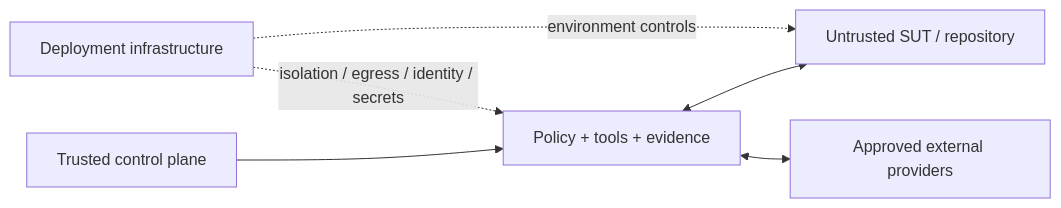
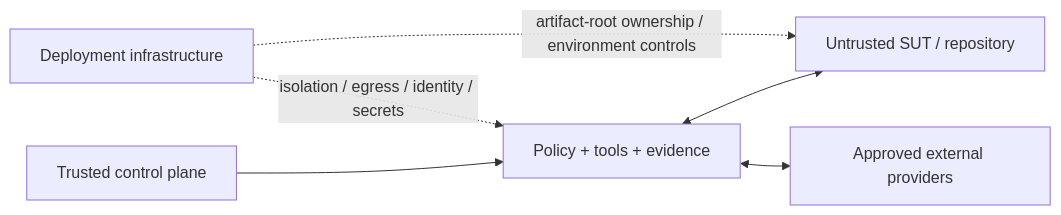
Before and after one commit to portyu9/ai-qa-automation: the diagram in docs/THREAT_MODEL.md, drawn with Mermaid. The commit also changed other lines of this file, not shown here.

Commit message:
Document root substitution and persisted authority threats

````diff
--- a/docs/THREAT_MODEL.md
+++ b/docs/THREAT_MODEL.md
@@ -39,11 +39,11 @@
 ```mermaid
 flowchart LR
     accTitle: Threat-model trust zones across control plane, untrusted target, providers, and deployment infrastructure
-    accDescr: The trusted control plane reaches deterministic policy, tools, and evidence. That surface interacts with the untrusted SUT and approved external providers, while deployment infrastructure independently supplies isolation, egress, identity, secret, and environment controls.
+    accDescr: The trusted control plane reaches deterministic policy, tools, and evidence. That surface interacts with the untrusted SUT and approved external providers, while deployment infrastructure independently supplies isolation, egress, identity, secret, trusted-artifact-storage, and environment controls.
 
     C[Trusted control plane] --> P[Policy + tools + evidence]
     P <--> T[Untrusted SUT / repository]
     P <--> X[Approved external providers]
     D[Deployment infrastructure] -. isolation / egress / identity / secrets .-> P
-    D -. environment controls .-> T
+    D -. artifact-root ownership / environment controls .-> T
 ```
````
